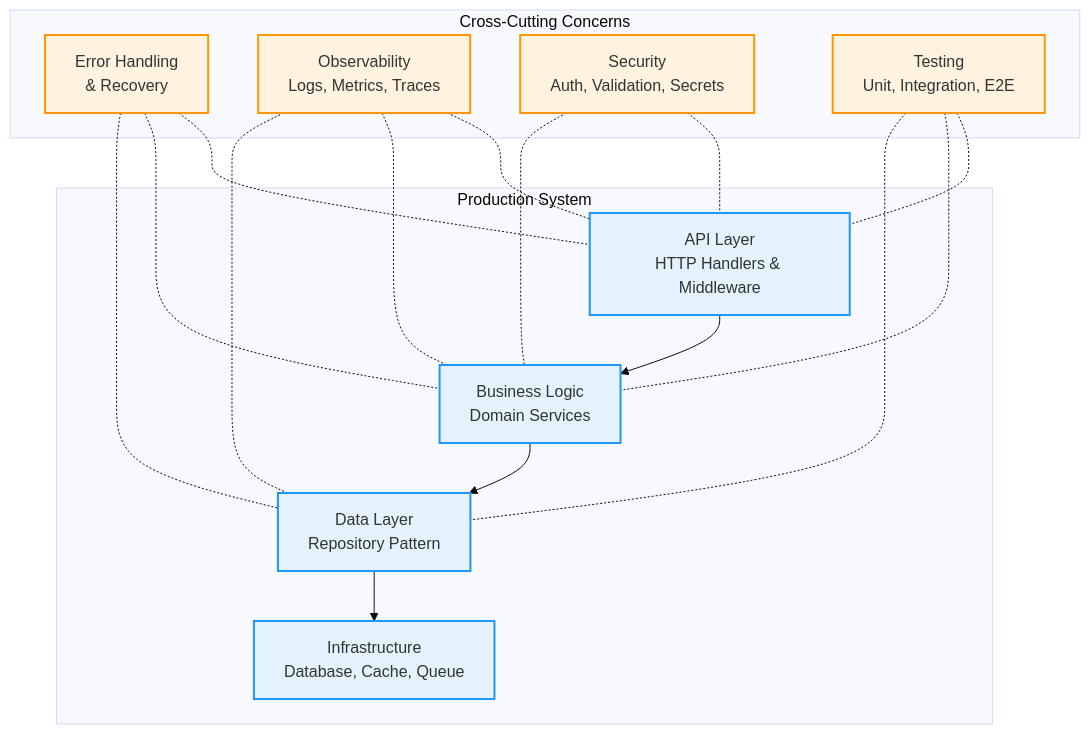
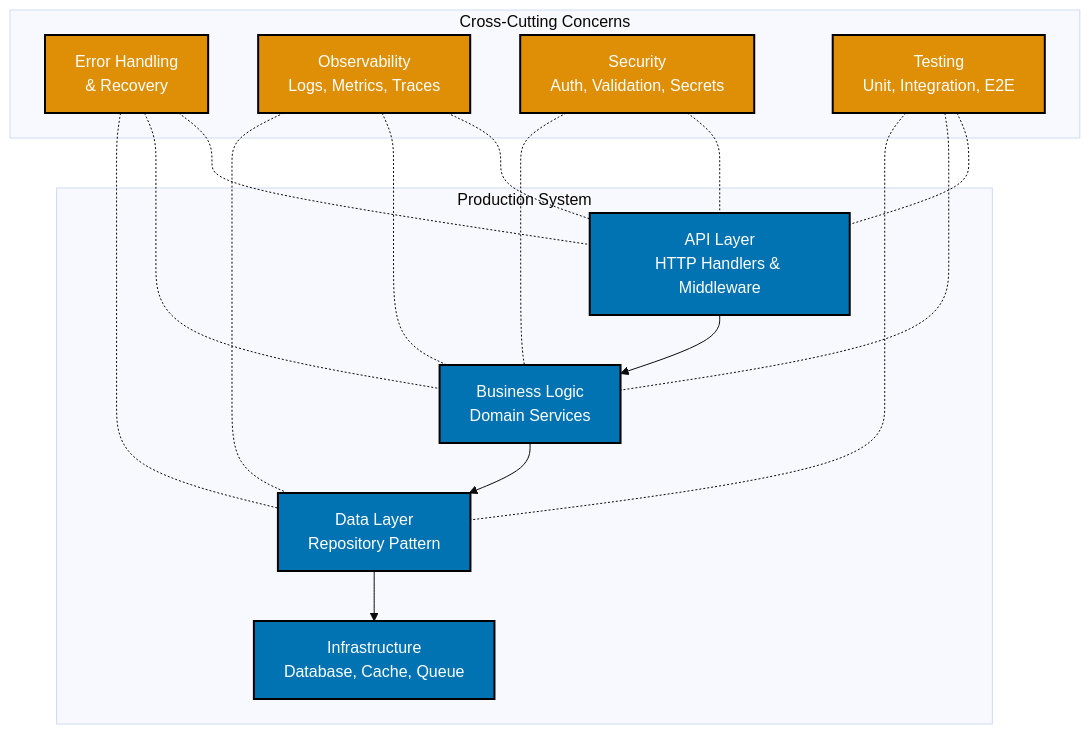
The first of 2 diagrams in docs/tutorials/software-engineering/programming-languages/golang/tu-soen-prla-gola__intermediate.md (wahidyankf/open-sharia-enterprise), drawn with Mermaid (base theme) before and after one commit. The commit also changed other lines of this file and 22 other files, not shown here.

First line of the commit message:
docs(diagrams): ensure all mermaid diagrams use color-blind friendly palette

````diff
--- a/docs/tutorials/software-engineering/programming-languages/golang/tu-soen-prla-gola__intermediate.md
+++ b/docs/tutorials/software-engineering/programming-languages/golang/tu-soen-prla-gola__intermediate.md
@@ -38,44 +41,44 @@
 ```mermaid
 graph TB
     subgraph "Production System"
         A[API Layer<br/>HTTP Handlers & Middleware]
         B[Business Logic<br/>Domain Services]
         C[Data Layer<br/>Repository Pattern]
         D[Infrastructure<br/>Database, Cache, Queue]
     end
 
     subgraph "Cross-Cutting Concerns"
         E[Error Handling<br/>& Recovery]
         F[Observability<br/>Logs, Metrics, Traces]
         G[Security<br/>Auth, Validation, Secrets]
         H[Testing<br/>Unit, Integration, E2E]
     end
 
     A --> B
     B --> C
     C --> D
 
     E -.- A
     E -.- B
     E -.- C
 
     F -.- A
     F -.- B
     F -.- C
 
     G -.- A
     G -.- B
 
     H -.- A
     H -.- B
     H -.- C
 
-    style A fill:#E3F2FD,stroke:#2196F3,stroke-width:2px
-    style B fill:#E3F2FD,stroke:#2196F3,stroke-width:2px
-    style C fill:#E3F2FD,stroke:#2196F3,stroke-width:2px
-    style D fill:#E3F2FD,stroke:#2196F3,stroke-width:2px
-    style E fill:#FFF3E0,stroke:#FF9800,stroke-width:2px
-    style F fill:#FFF3E0,stroke:#FF9800,stroke-width:2px
-    style G fill:#FFF3E0,stroke:#FF9800,stroke-width:2px
-    style H fill:#FFF3E0,stroke:#FF9800,stroke-width:2px
+    style A fill:#0173B2,stroke:#000000,color:#FFFFFF,stroke-width:2px
+    style B fill:#0173B2,stroke:#000000,color:#FFFFFF,stroke-width:2px
+    style C fill:#0173B2,stroke:#000000,color:#FFFFFF,stroke-width:2px
+    style D fill:#0173B2,stroke:#000000,color:#FFFFFF,stroke-width:2px
+    style E fill:#DE8F05,stroke:#000000,color:#FFFFFF,stroke-width:2px
+    style F fill:#DE8F05,stroke:#000000,color:#FFFFFF,stroke-width:2px
+    style G fill:#DE8F05,stroke:#000000,color:#FFFFFF,stroke-width:2px
+    style H fill:#DE8F05,stroke:#000000,color:#FFFFFF,stroke-width:2px
 ```
````
